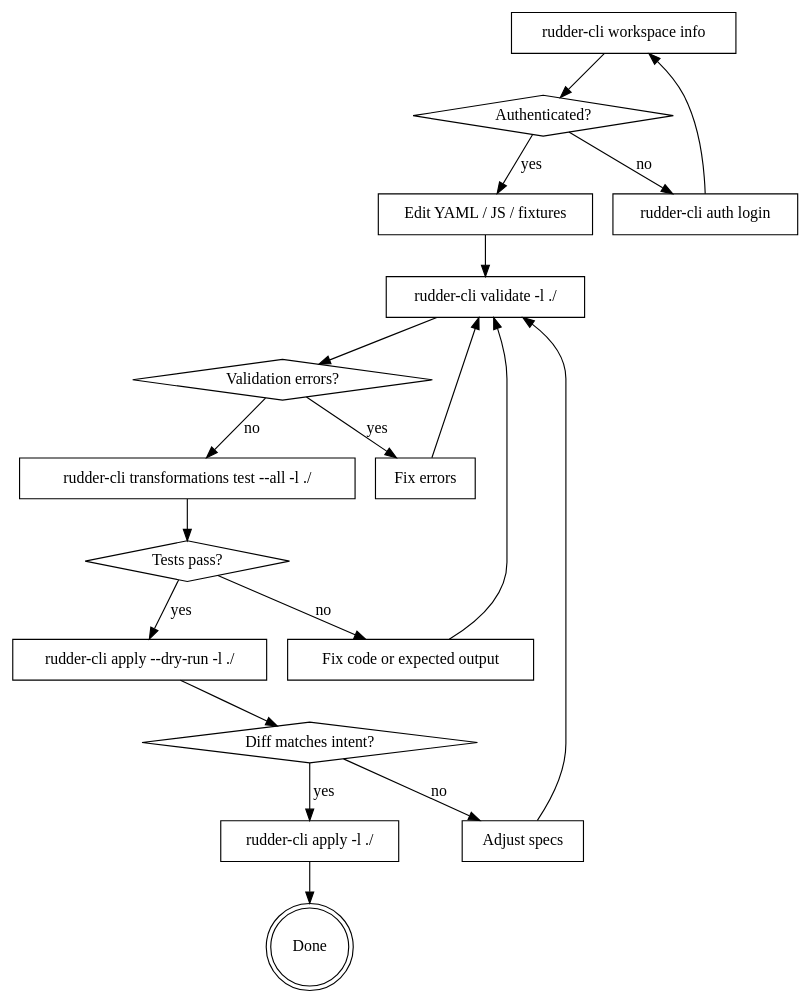
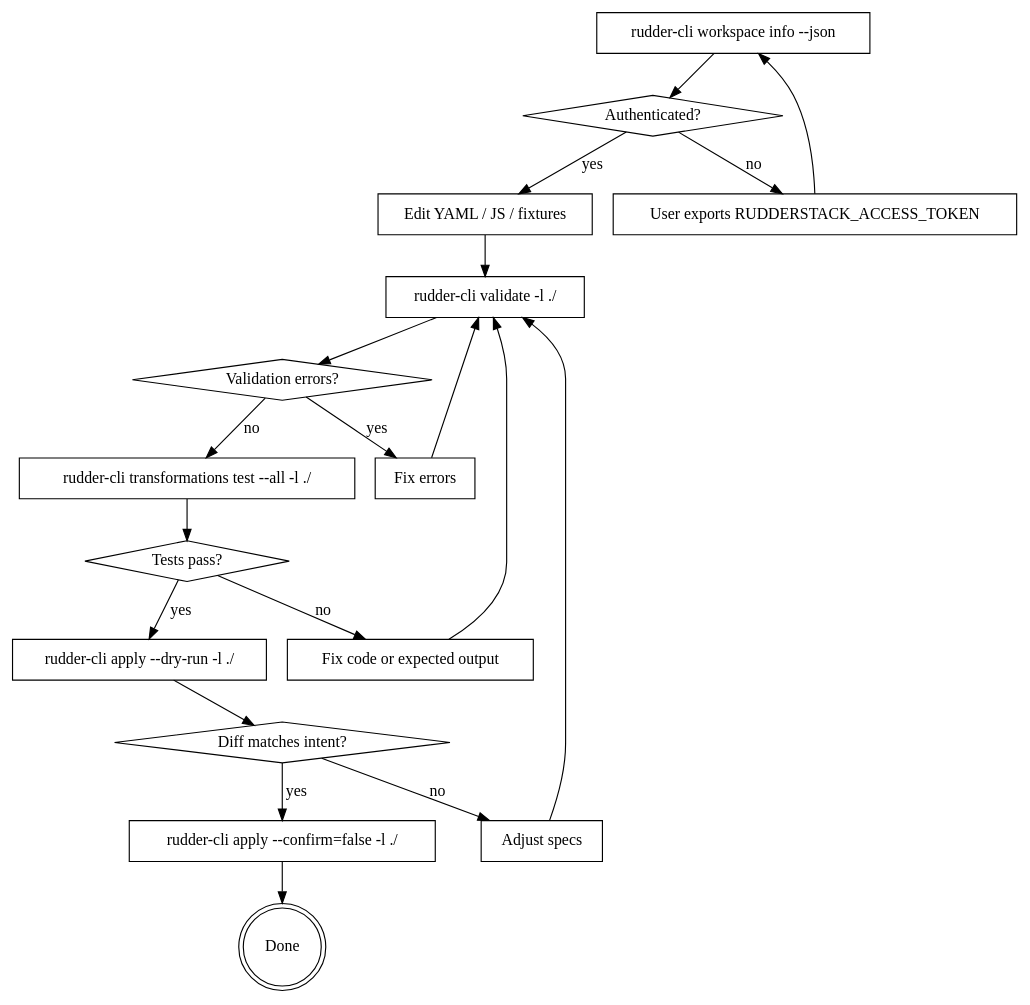
The diagram in plugins/rudder-cli/skills/rudder-transformations/SKILL.md (rudderlabs/rudder-agent-skills), drawn with Graphviz before and after one commit. The commit also changed other lines of this file and 15 other files, not shown here.

First line of the commit message:
fix(skills): align the rudder-cli and rudder-mcp skills with what the CLI and MCP server accept (#33)

````diff
--- a/plugins/rudder-cli/skills/rudder-transformations/SKILL.md
+++ b/plugins/rudder-cli/skills/rudder-transformations/SKILL.md
@@ -17,39 +17,39 @@
 ```dot
 digraph transformations_workflow {
     rankdir=TB;
-    "rudder-cli workspace info" [shape=box];
+    "rudder-cli workspace info --json" [shape=box];
     "Authenticated?" [shape=diamond];
-    "rudder-cli auth login" [shape=box];
+    "User exports RUDDERSTACK_ACCESS_TOKEN" [shape=box];
     "Edit YAML / JS / fixtures" [shape=box];
     "rudder-cli validate -l ./" [shape=box];
     "Validation errors?" [shape=diamond];
     "Fix errors" [shape=box];
     "rudder-cli transformations test --all -l ./" [shape=box];
     "Tests pass?" [shape=diamond];
     "Fix code or expected output" [shape=box];
     "rudder-cli apply --dry-run -l ./" [shape=box];
     "Diff matches intent?" [shape=diamond];
     "Adjust specs" [shape=box];
-    "rudder-cli apply -l ./" [shape=box];
+    "rudder-cli apply --confirm=false -l ./" [shape=box];
     "Done" [shape=doublecircle];
 
-    "rudder-cli workspace info" -> "Authenticated?";
-    "Authenticated?" -> "rudder-cli auth login" [label="no"];
-    "rudder-cli auth login" -> "rudder-cli workspace info";
+    "rudder-cli workspace info --json" -> "Authenticated?";
+    "Authenticated?" -> "User exports RUDDERSTACK_ACCESS_TOKEN" [label="no"];
+    "User exports RUDDERSTACK_ACCESS_TOKEN" -> "rudder-cli workspace info --json";
     "Authenticated?" -> "Edit YAML / JS / fixtures" [label="yes"];
     "Edit YAML / JS / fixtures" -> "rudder-cli validate -l ./";
     "rudder-cli validate -l ./" -> "Validation errors?";
     "Validation errors?" -> "Fix errors" [label="yes"];
     "Fix errors" -> "rudder-cli validate -l ./";
     "Validation errors?" -> "rudder-cli transformations test --all -l ./" [label="no"];
     "rudder-cli transformations test --all -l ./" -> "Tests pass?";
     "Tests pass?" -> "Fix code or expected output" [label="no"];
     "Fix code or expected output" -> "rudder-cli validate -l ./";
     "Tests pass?" -> "rudder-cli apply --dry-run -l ./" [label="yes"];
     "rudder-cli apply --dry-run -l ./" -> "Diff matches intent?";
     "Diff matches intent?" -> "Adjust specs" [label="no"];
     "Adjust specs" -> "rudder-cli validate -l ./";
-    "Diff matches intent?" -> "rudder-cli apply -l ./" [label="yes"];
-    "rudder-cli apply -l ./" -> "Done";
+    "Diff matches intent?" -> "rudder-cli apply --confirm=false -l ./" [label="yes"];
+    "rudder-cli apply --confirm=false -l ./" -> "Done";
 }
 ```
````
